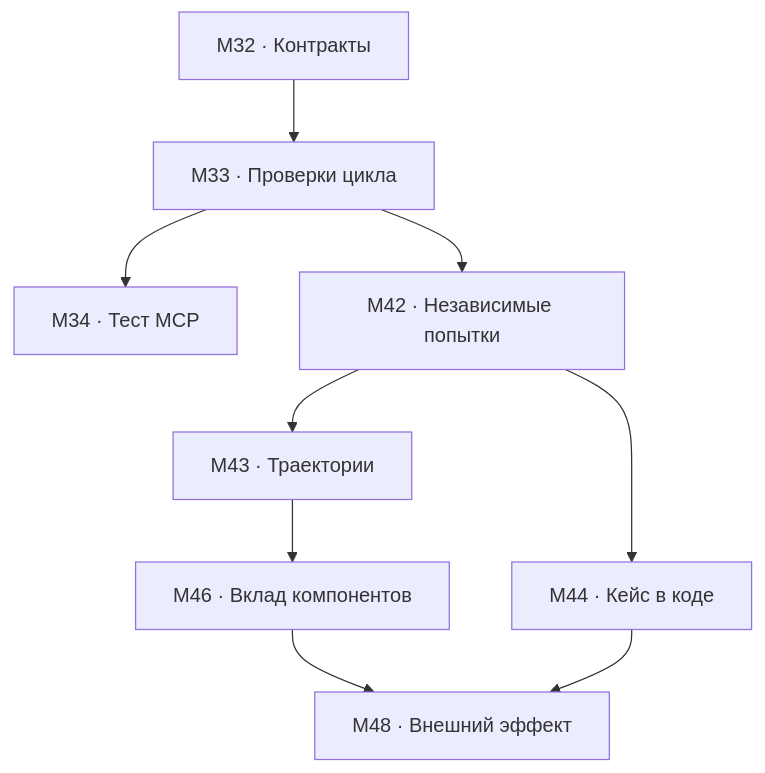
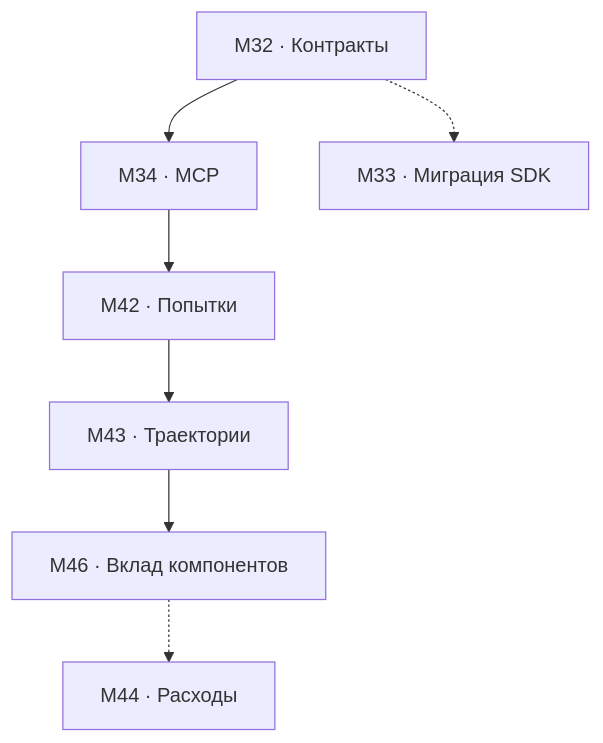
One commit to 620474/applied-ai-reading changed the diagram in agents.md. Above: the diagram before and after it, drawn with Mermaid. The commit also changed other lines of this file and 6 other files, not shown here.

````diff
--- a/agents.md
+++ b/agents.md
@@ -5,11 +5,7 @@
 ```mermaid
 flowchart TD
-A["M32 · Контракты"] --> B["M33 · Проверки цикла"]
-B --> C["M34 · Тест MCP"]
-B --> D["M42 · Независимые попытки"]
-D --> E["M43 · Траектории"]
-D --> F["M44 · Кейс в коде"]
-E --> X["M46 · Вклад компонентов"]
-X --> G["M48 · Внешний эффект"]
-F --> G
+A["M32 · Контракты"] --> B["M34 · MCP"]
+A -.-> C["M33 · Миграция SDK"]
+B --> D["M42 · Попытки"] --> E["M43 · Траектории"] --> F["M46 · Вклад компонентов"]
+F -.-> G["M44 · Расходы"]
 ```
````
